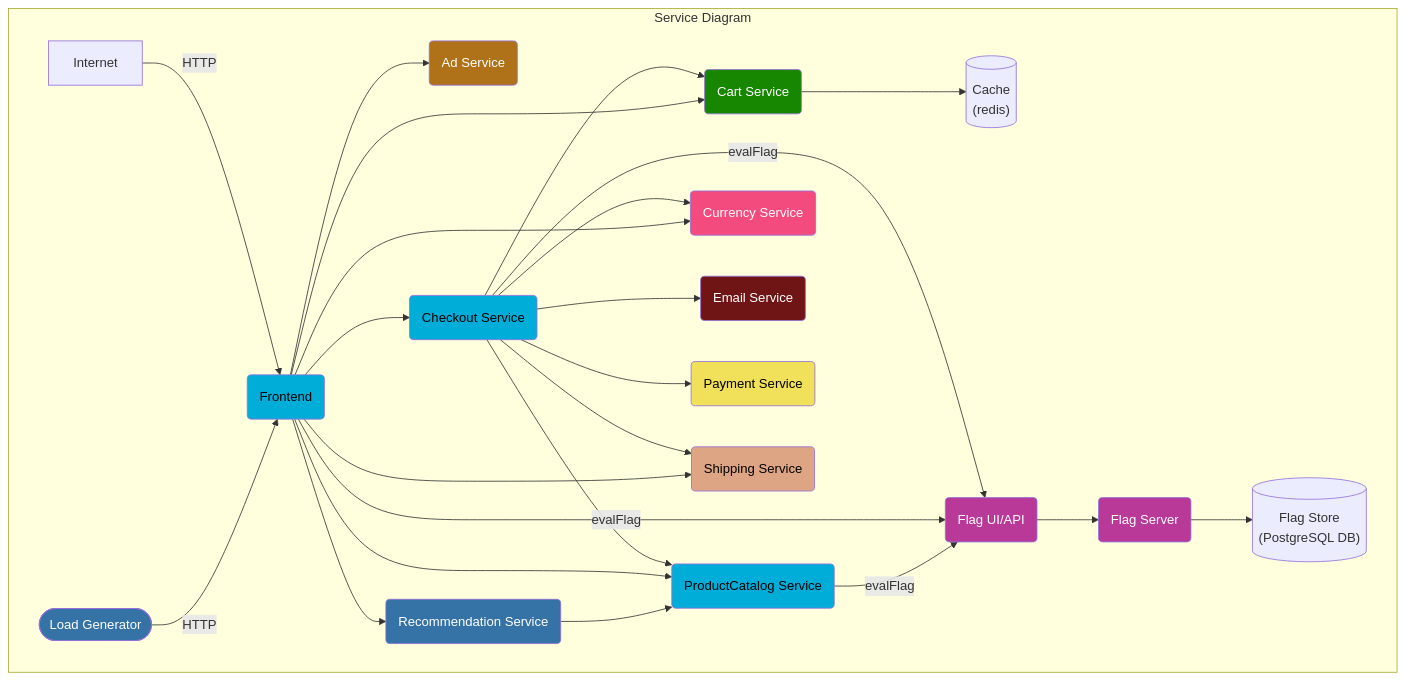
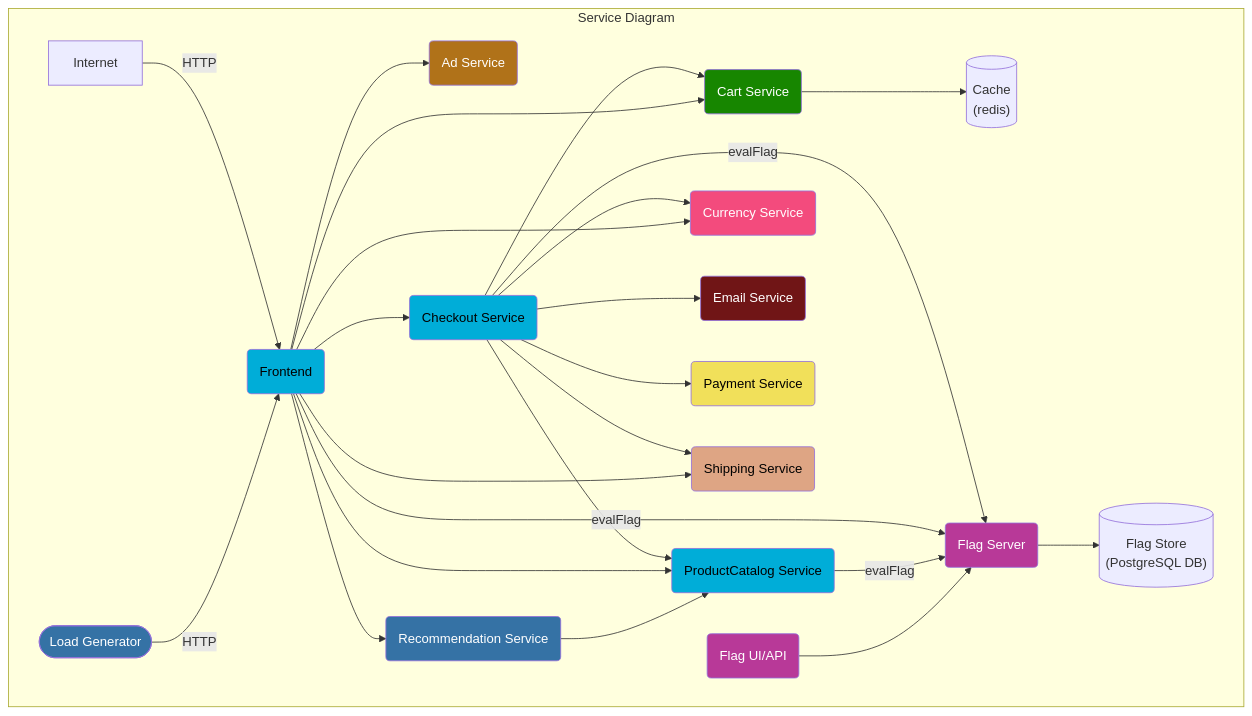
One commit to mohamed3637/opentelemetry-demo changed the first of 2 diagrams in README.md. Above: the diagram before and after it, drawn with Mermaid.

Commit message:
fix diagram: services speak to featureflag server not its ui (#307)

````diff
--- a/README.md
+++ b/README.md
@@ -150,57 +150,57 @@
 ```mermaid
 graph TD
 
 subgraph Service Diagram
 adservice(Ad Service):::java
 cache[(Cache<br/>&#40redis&#41)]
 cartservice(Cart Service):::dotnet
 checkoutservice(Checkout Service):::golang
 currencyservice(Currency Service):::cpp
 emailservice(Email Service):::ruby
 frontend(Frontend):::golang
 loadgenerator([Load Generator]):::python
 paymentservice(Payment Service):::nodejs
 productcatalogservice(ProductCatalog Service):::golang
 recommendationservice(Recommendation Service):::python
 shippingservice(Shipping Service):::rust
 
 Internet -->|HTTP| frontend
 loadgenerator -->|HTTP| frontend
 
 checkoutservice --> cartservice --> cache
 checkoutservice --> productcatalogservice
 checkoutservice --> currencyservice
 checkoutservice --> emailservice
 checkoutservice --> paymentservice
 checkoutservice --> shippingservice
-checkoutservice --> |evalFlag| featureflagfeservice
+checkoutservice --> |evalFlag| featureflagbeservice
 
 frontend --> adservice
 frontend --> cartservice
 frontend --> productcatalogservice
 frontend --> checkoutservice
 frontend --> currencyservice
 frontend --> recommendationservice --> productcatalogservice
 frontend --> shippingservice
-frontend --> |evalFlag| featureflagfeservice
+frontend --> |evalFlag| featureflagbeservice
 
-productcatalogservice --> |evalFlag| featureflagfeservice
+productcatalogservice --> |evalFlag| featureflagbeservice
 
 featureflagbeservice(Flag Server):::erlang
 featureflagfeservice(Flag UI/API):::erlang
 featureflagstore[(Flag Store<br/>&#40PostgreSQL DB&#41)]
 
 featureflagfeservice --> featureflagbeservice --> featureflagstore
 
 end
 classDef java fill:#b07219,color:white;
 classDef dotnet fill:#178600,color:white;
 classDef golang fill:#00add8,color:black;
 classDef cpp fill:#f34b7d,color:white;
 classDef ruby fill:#701516,color:white;
 classDef python fill:#3572A5,color:white;
 classDef nodejs fill:#f1e05a,color:black;
 classDef rust fill:#dea584,color:black;
 classDef erlang fill:#b83998,color:white;
 classDef php fill:#4f5d95,color:white;
 ```
````
